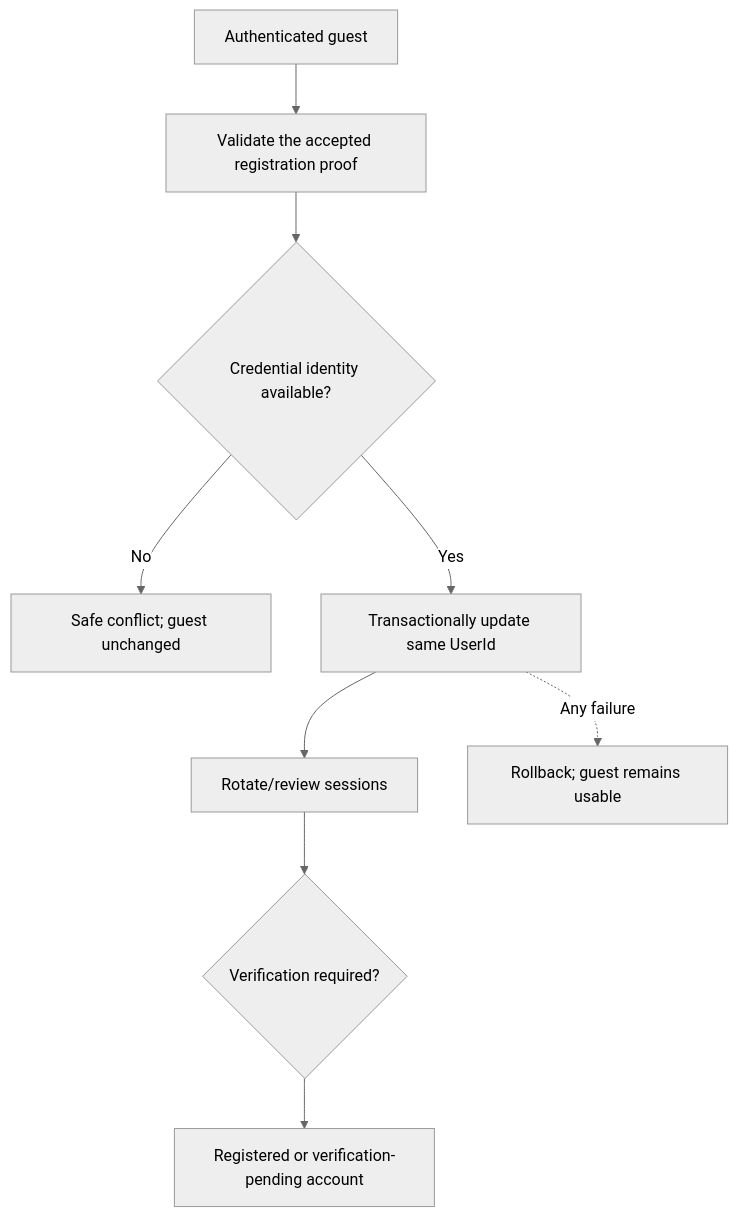
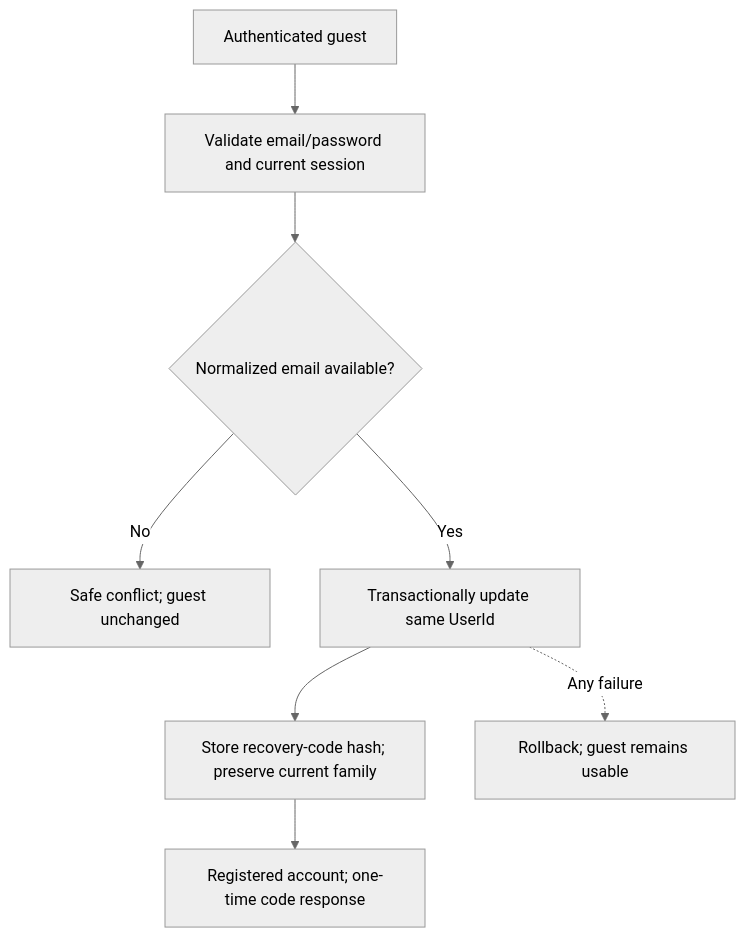
Before and after one commit to rajul-bhatnagar/parallel-world: the third of 9 diagrams in docs/architecture/SECURITY.md, drawn with Mermaid (neutral theme). The commit also changed other lines of this file and 7 other files, not shown here.

````diff
--- a/docs/architecture/SECURITY.md
+++ b/docs/architecture/SECURITY.md
@@ -152,11 +154,10 @@
 ```mermaid
 flowchart TD
-    G["Authenticated guest"] --> PROOF["Validate the accepted registration proof"]
-    PROOF --> UNIQUE{"Credential identity available?"}
+    G["Authenticated guest"] --> PROOF["Validate email/password and current session"]
+    PROOF --> UNIQUE{"Normalized email available?"}
     UNIQUE -->|"No"| CONFLICT["Safe conflict; guest unchanged"]
     UNIQUE -->|"Yes"| TX["Transactionally update same UserId"]
-    TX --> ROTATE["Rotate/review sessions"]
-    ROTATE --> VERIFY{"Verification required?"}
-    VERIFY --> RESULT["Registered or verification-pending account"]
+    TX --> RECOVERY["Store recovery-code hash; preserve current family"]
+    RECOVERY --> RESULT["Registered account; one-time code response"]
     TX -.->|"Any failure"| ROLLBACK["Rollback; guest remains usable"]
 ```
````
